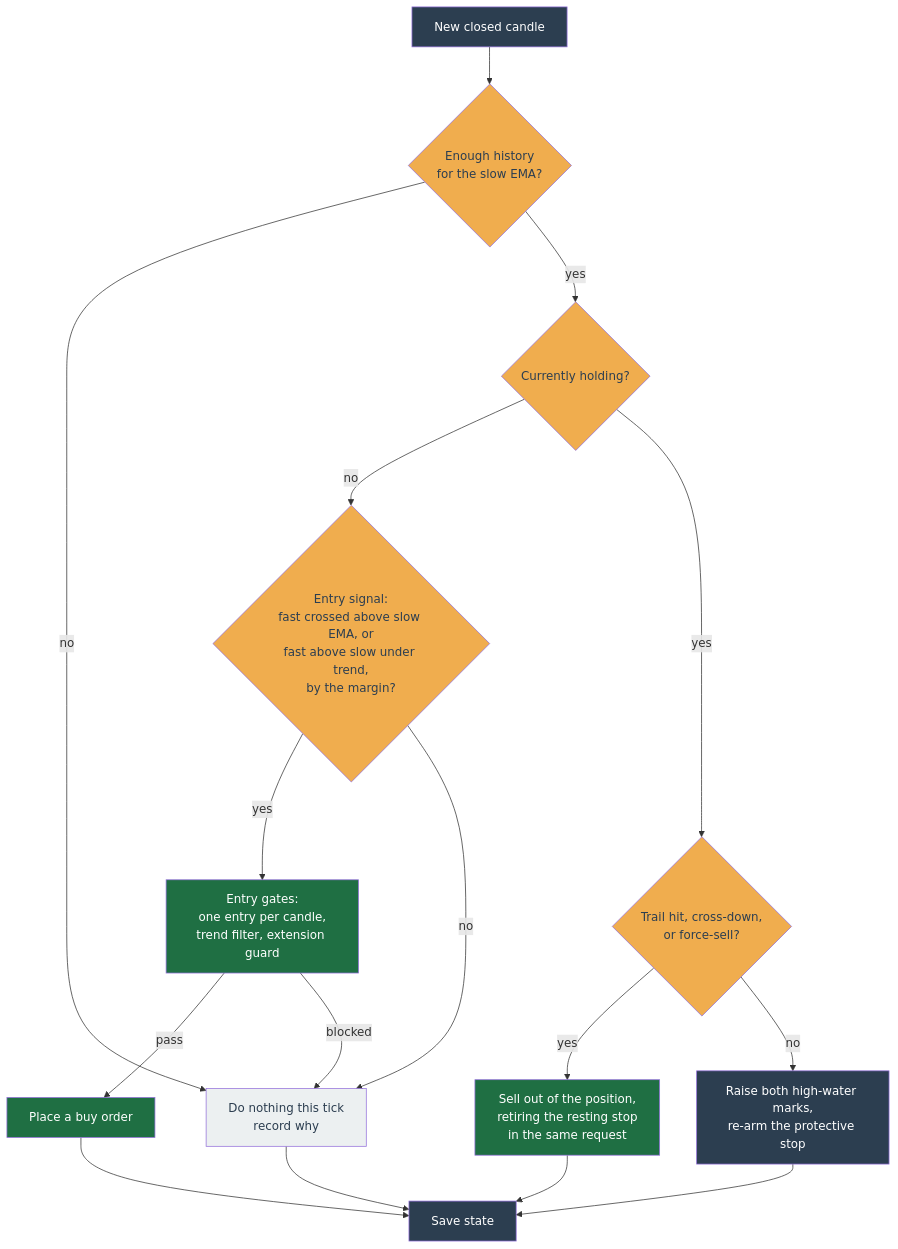
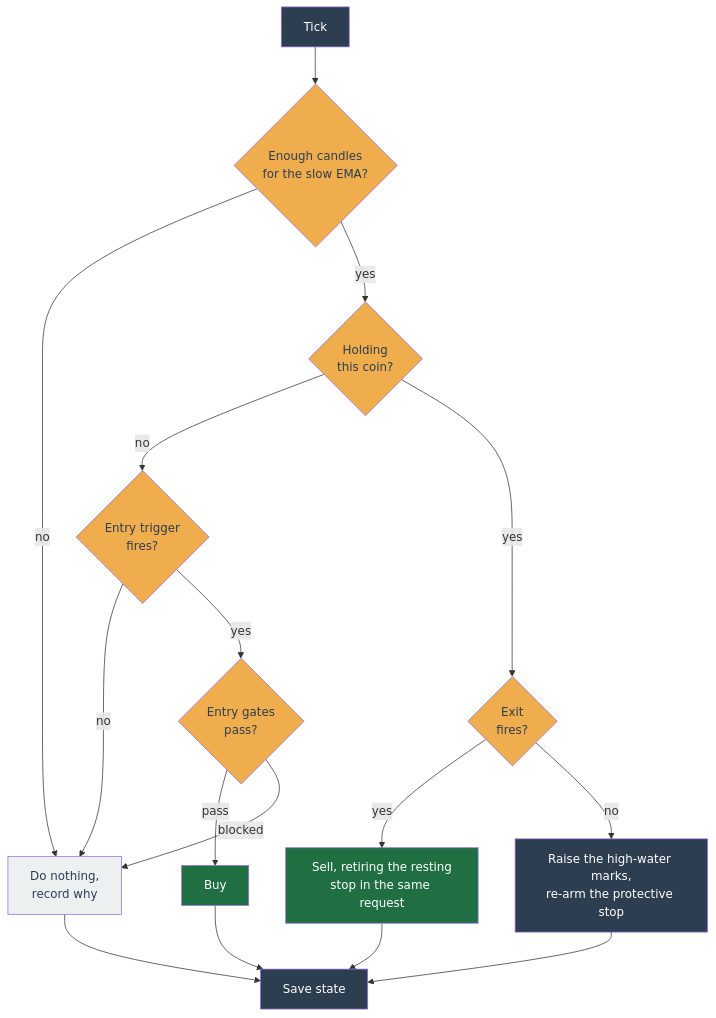
The first of 2 diagrams in docs/concepts/strategies/momentum.md (chrisleekr/binance-trading-bot), drawn with Mermaid before and after one commit. The commit also changed other lines of this file and 32 other files, not shown here.

````diff
--- a/docs/concepts/strategies/momentum.md
+++ b/docs/concepts/strategies/momentum.md
@@ -19,35 +24,31 @@
 ```mermaid
 flowchart TD
-    Start["New closed candle"]:::io
-    Warm{"Enough history<br/>for the slow EMA?"}:::gate
-    Held{"Currently holding?"}:::gate
-
-    CrossUp{"Entry signal:<br/>fast crossed above slow EMA, or<br/>fast above slow under trend,<br/>by the margin?"}:::gate
-    Gates["Entry gates:<br/>one entry per candle,<br/>trend filter, extension guard"]:::core
-    Buy["Place a buy order"]:::act
-
-    Exit{"Trail hit, cross-down,<br/>or force-sell?"}:::gate
-    Sell["Sell out of the position,<br/>retiring the resting stop<br/>in the same request"]:::act
-    Ratchet["Raise both high-water marks,<br/>re-arm the protective stop"]:::io
-
-    Wait["Do nothing this tick<br/>record why"]:::wait
+    Start["Tick"]:::io
+    Warm{"Enough candles<br/>for the slow EMA?"}:::gate
+    Held{"Holding<br/>this coin?"}:::gate
+    Trigger{"Entry trigger<br/>fires?"}:::gate
+    Gates{"Entry gates<br/>pass?"}:::gate
+    Buy["Buy"]:::act
+    Exit{"Exit<br/>fires?"}:::gate
+    Sell["Sell, retiring the resting<br/>stop in the same request"]:::act
+    Ratchet["Raise the high-water marks,<br/>re-arm the protective stop"]:::io
+    Wait["Do nothing,<br/>record why"]:::wait
     Save["Save state"]:::io
 
     Start --> Warm
     Warm -->|no| Wait
     Warm -->|yes| Held
-    Held -->|no| CrossUp
-    CrossUp -->|yes| Gates
+    Held -->|no| Trigger
+    Trigger -->|no| Wait
+    Trigger -->|yes| Gates
     Gates -->|pass| Buy --> Save
     Gates -->|blocked| Wait --> Save
-    CrossUp -->|no| Wait
     Held -->|yes| Exit
     Exit -->|yes| Sell --> Save
     Exit -->|no| Ratchet --> Save
 
     classDef io fill:#2c3e50,color:#ffffff;
-    classDef core fill:#1f6f43,color:#ffffff;
     classDef gate fill:#f0ad4e,color:#2c3e50;
     classDef act fill:#1f6f43,color:#ffffff;
     classDef wait fill:#ecf0f1,color:#2c3e50;
 ```
````
